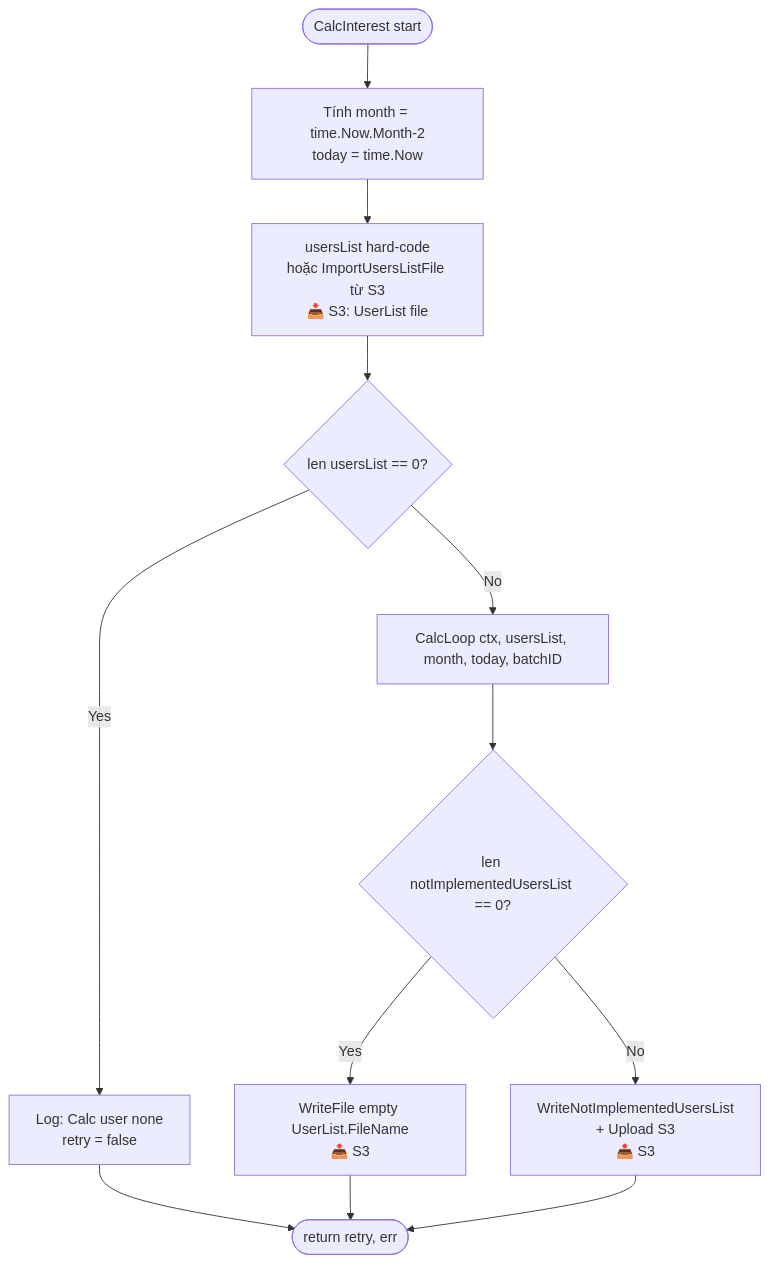
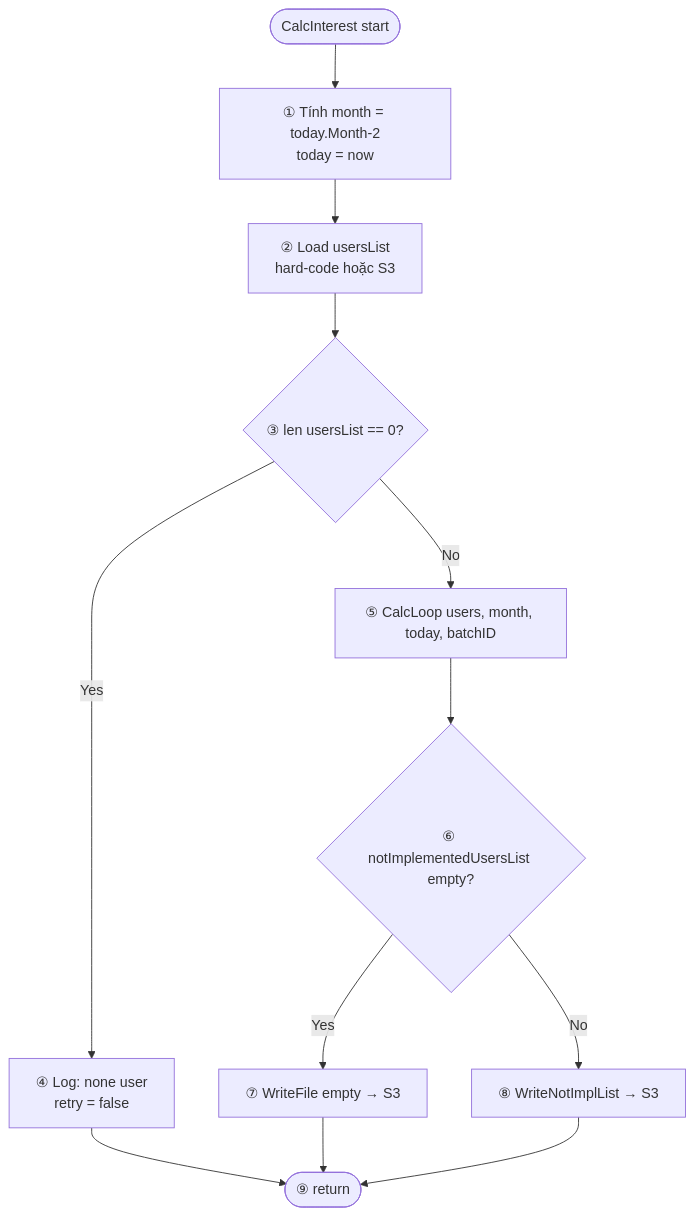
One commit to tungvv318/git-talk changed the second of 8 diagrams in README.md. Above: the diagram before and after it, drawn with Mermaid. The commit also changed other lines of this file, not shown here.

````diff
--- a/README.md
+++ b/README.md
@@ -26,14 +36,14 @@
 ```mermaid
 flowchart TD
-    A([CalcInterest start]) --> B[Tính month = time.Now.Month-2<br/>today = time.Now]
-    B --> C[usersList hard-code<br/>hoặc ImportUsersListFile từ S3<br/>📥 S3: UserList file]
-    C --> D{len usersList == 0?}
-    D -- Yes --> E[Log: Calc user none<br/>retry = false]
-    D -- No --> F[CalcLoop ctx, usersList, month, today, batchID]
-    F --> G{len notImplementedUsersList == 0?}
-    G -- Yes --> H[WriteFile empty UserList.FileName<br/>📤 S3]
-    G -- No --> I[WriteNotImplementedUsersList<br/>+ Upload S3<br/>📤 S3]
-    E --> Z([return retry, err])
+    A([CalcInterest start]) --> B[① Tính month = today.Month-2<br/>today = now]
+    B --> C[② Load usersList<br/>hard-code hoặc S3]
+    C --> D{③ len usersList == 0?}
+    D -- Yes --> E[④ Log: none user<br/>retry = false]
+    D -- No --> F[⑤ CalcLoop users, month, today, batchID]
+    F --> G{⑥ notImplementedUsersList empty?}
+    G -- Yes --> H[⑦ WriteFile empty → S3]
+    G -- No --> I[⑧ WriteNotImplList → S3]
+    E --> Z([⑨ return])
     H --> Z
     I --> Z
 ```
````
